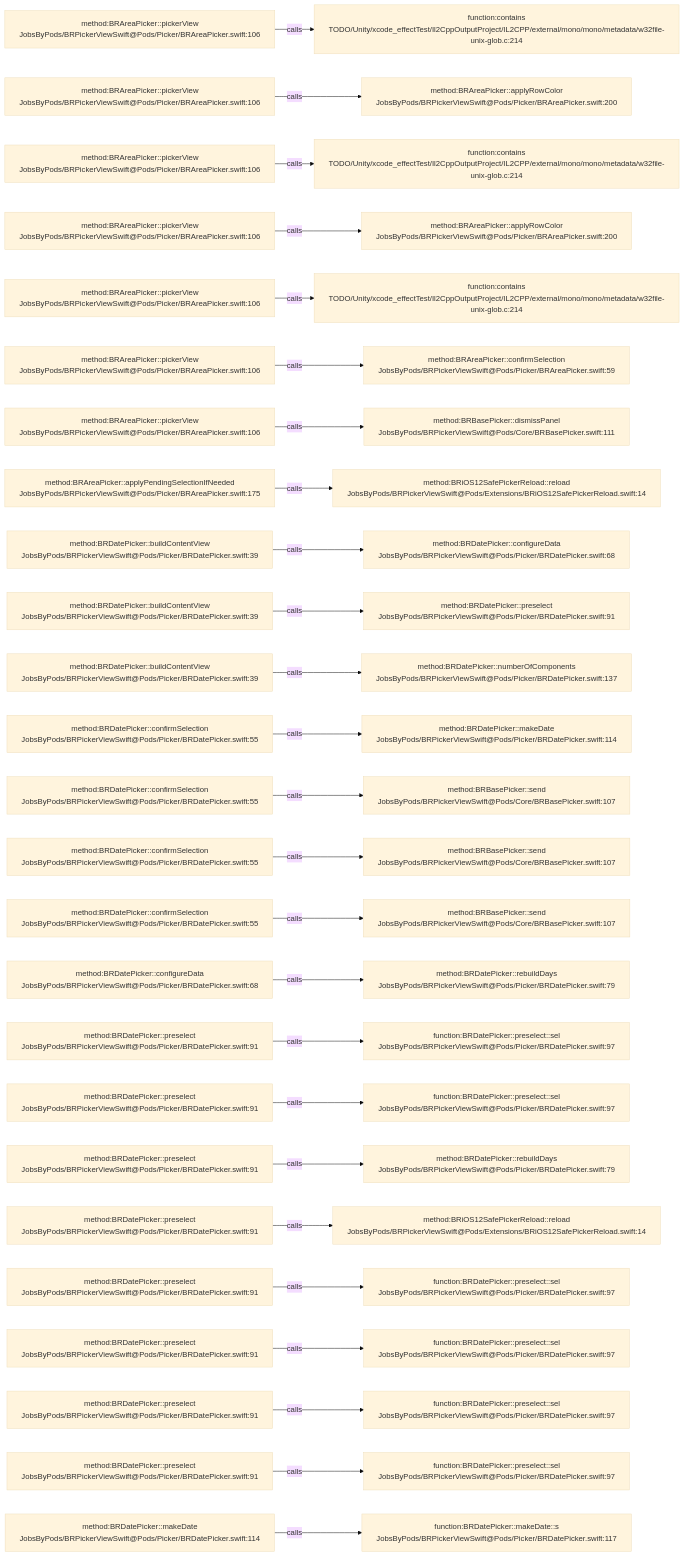
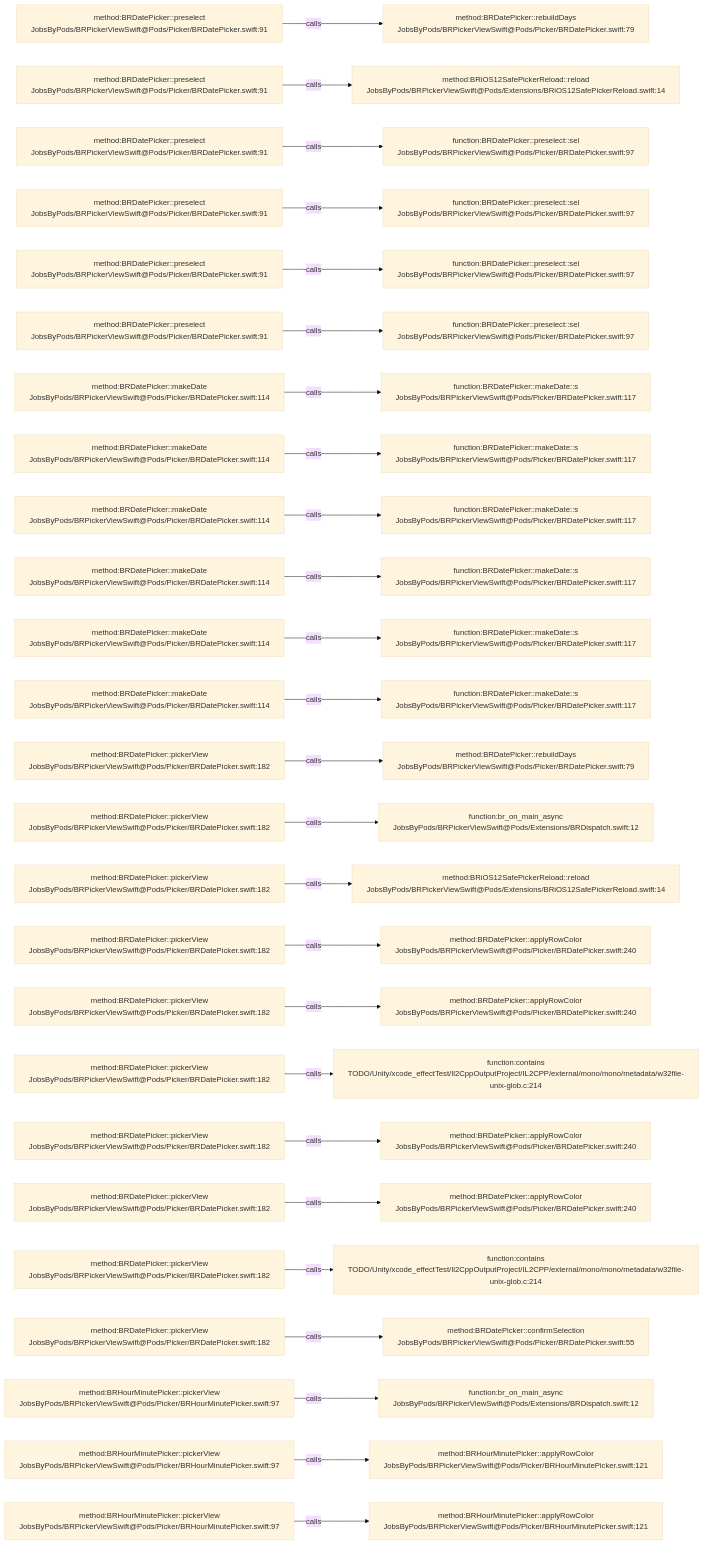
One commit to JobsKits/JobsSwiftBaseConfigDemo changed the diagram in .codegraph/codegraph.md/graphs/calls-002.md. Above: the diagram before and after it, drawn with Mermaid (base theme). The commit also changed 569 other files, not shown here.

````diff
--- a/.codegraph/codegraph.md/graphs/calls-002.md
+++ b/.codegraph/codegraph.md/graphs/calls-002.md
@@ -13,78 +13,78 @@
 ```mermaid
 flowchart LR
-  S1["method:BRAreaPicker::pickerView<br/>JobsByPods/BRPickerViewSwift@Pods/Picker/BRAreaPicker.swift:106"]
-  T1["function:contains<br/>TODO/Unity/xcode_effectTest/Il2CppOutputProject/IL2CPP/external/mono/mono/metadata/w32file-unix-glob.c:214"]
+  S1["method:BRDatePicker::preselect<br/>JobsByPods/BRPickerViewSwift@Pods/Picker/BRDatePicker.swift:91"]
+  T1["method:BRDatePicker::rebuildDays<br/>JobsByPods/BRPickerViewSwift@Pods/Picker/BRDatePicker.swift:79"]
   S1 -->|calls| T1
-  S2["method:BRAreaPicker::pickerView<br/>JobsByPods/BRPickerViewSwift@Pods/Picker/BRAreaPicker.swift:106"]
-  T2["method:BRAreaPicker::applyRowColor<br/>JobsByPods/BRPickerViewSwift@Pods/Picker/BRAreaPicker.swift:200"]
+  S2["method:BRDatePicker::preselect<br/>JobsByPods/BRPickerViewSwift@Pods/Picker/BRDatePicker.swift:91"]
+  T2["method:BRiOS12SafePickerReload::reload<br/>JobsByPods/BRPickerViewSwift@Pods/Extensions/BRiOS12SafePickerReload.swift:14"]
   S2 -->|calls| T2
-  S3["method:BRAreaPicker::pickerView<br/>JobsByPods/BRPickerViewSwift@Pods/Picker/BRAreaPicker.swift:106"]
-  T3["function:contains<br/>TODO/Unity/xcode_effectTest/Il2CppOutputProject/IL2CPP/external/mono/mono/metadata/w32file-unix-glob.c:214"]
+  S3["method:BRDatePicker::preselect<br/>JobsByPods/BRPickerViewSwift@Pods/Picker/BRDatePicker.swift:91"]
+  T3["function:BRDatePicker::preselect::sel<br/>JobsByPods/BRPickerViewSwift@Pods/Picker/BRDatePicker.swift:97"]
   S3 -->|calls| T3
-  S4["method:BRAreaPicker::pickerView<br/>JobsByPods/BRPickerViewSwift@Pods/Picker/BRAreaPicker.swift:106"]
-  T4["method:BRAreaPicker::applyRowColor<br/>JobsByPods/BRPickerViewSwift@Pods/Picker/BRAreaPicker.swift:200"]
+  S4["method:BRDatePicker::preselect<br/>JobsByPods/BRPickerViewSwift@Pods/Picker/BRDatePicker.swift:91"]
+  T4["function:BRDatePicker::preselect::sel<br/>JobsByPods/BRPickerViewSwift@Pods/Picker/BRDatePicker.swift:97"]
   S4 -->|calls| T4
-  S5["method:BRAreaPicker::pickerView<br/>JobsByPods/BRPickerViewSwift@Pods/Picker/BRAreaPicker.swift:106"]
-  T5["function:contains<br/>TODO/Unity/xcode_effectTest/Il2CppOutputProject/IL2CPP/external/mono/mono/metadata/w32file-unix-glob.c:214"]
+  S5["method:BRDatePicker::preselect<br/>JobsByPods/BRPickerViewSwift@Pods/Picker/BRDatePicker.swift:91"]
+  T5["function:BRDatePicker::preselect::sel<br/>JobsByPods/BRPickerViewSwift@Pods/Picker/BRDatePicker.swift:97"]
   S5 -->|calls| T5
-  S6["method:BRAreaPicker::pickerView<br/>JobsByPods/BRPickerViewSwift@Pods/Picker/BRAreaPicker.swift:106"]
-  T6["method:BRAreaPicker::confirmSelection<br/>JobsByPods/BRPickerViewSwift@Pods/Picker/BRAreaPicker.swift:59"]
+  S6["method:BRDatePicker::preselect<br/>JobsByPods/BRPickerViewSwift@Pods/Picker/BRDatePicker.swift:91"]
+  T6["function:BRDatePicker::preselect::sel<br/>JobsByPods/BRPickerViewSwift@Pods/Picker/BRDatePicker.swift:97"]
   S6 -->|calls| T6
-  S7["method:BRAreaPicker::pickerView<br/>JobsByPods/BRPickerViewSwift@Pods/Picker/BRAreaPicker.swift:106"]
-  T7["method:BRBasePicker::dismissPanel<br/>JobsByPods/BRPickerViewSwift@Pods/Core/BRBasePicker.swift:111"]
+  S7["method:BRDatePicker::makeDate<br/>JobsByPods/BRPickerViewSwift@Pods/Picker/BRDatePicker.swift:114"]
+  T7["function:BRDatePicker::makeDate::s<br/>JobsByPods/BRPickerViewSwift@Pods/Picker/BRDatePicker.swift:117"]
   S7 -->|calls| T7
-  S8["method:BRAreaPicker::applyPendingSelectionIfNeeded<br/>JobsByPods/BRPickerViewSwift@Pods/Picker/BRAreaPicker.swift:175"]
-  T8["method:BRiOS12SafePickerReload::reload<br/>JobsByPods/BRPickerViewSwift@Pods/Extensions/BRiOS12SafePickerReload.swift:14"]
+  S8["method:BRDatePicker::makeDate<br/>JobsByPods/BRPickerViewSwift@Pods/Picker/BRDatePicker.swift:114"]
+  T8["function:BRDatePicker::makeDate::s<br/>JobsByPods/BRPickerViewSwift@Pods/Picker/BRDatePicker.swift:117"]
   S8 -->|calls| T8
-  S9["method:BRDatePicker::buildContentView<br/>JobsByPods/BRPickerViewSwift@Pods/Picker/BRDatePicker.swift:39"]
-  T9["method:BRDatePicker::configureData<br/>JobsByPods/BRPickerViewSwift@Pods/Picker/BRDatePicker.swift:68"]
+  S9["method:BRDatePicker::makeDate<br/>JobsByPods/BRPickerViewSwift@Pods/Picker/BRDatePicker.swift:114"]
+  T9["function:BRDatePicker::makeDate::s<br/>JobsByPods/BRPickerViewSwift@Pods/Picker/BRDatePicker.swift:117"]
   S9 -->|calls| T9
-  S10["method:BRDatePicker::buildContentView<br/>JobsByPods/BRPickerViewSwift@Pods/Picker/BRDatePicker.swift:39"]
-  T10["method:BRDatePicker::preselect<br/>JobsByPods/BRPickerViewSwift@Pods/Picker/BRDatePicker.swift:91"]
+  S10["method:BRDatePicker::makeDate<br/>JobsByPods/BRPickerViewSwift@Pods/Picker/BRDatePicker.swift:114"]
+  T10["function:BRDatePicker::makeDate::s<br/>JobsByPods/BRPickerViewSwift@Pods/Picker/BRDatePicker.swift:117"]
   S10 -->|calls| T10
-  S11["method:BRDatePicker::buildContentView<br/>JobsByPods/BRPickerViewSwift@Pods/Picker/BRDatePicker.swift:39"]
-  T11["method:BRDatePicker::numberOfComponents<br/>JobsByPods/BRPickerViewSwift@Pods/Picker/BRDatePicker.swift:137"]
+  S11["method:BRDatePicker::makeDate<br/>JobsByPods/BRPickerViewSwift@Pods/Picker/BRDatePicker.swift:114"]
+  T11["function:BRDatePicker::makeDate::s<br/>JobsByPods/BRPickerViewSwift@Pods/Picker/BRDatePicker.swift:117"]
   S11 -->|calls| T11
-  S12["method:BRDatePicker::confirmSelection<br/>JobsByPods/BRPickerViewSwift@Pods/Picker/BRDatePicker.swift:55"]
-  T12["method:BRDatePicker::makeDate<br/>JobsByPods/BRPickerViewSwift@Pods/Picker/BRDatePicker.swift:114"]
+  S12["method:BRDatePicker::makeDate<br/>JobsByPods/BRPickerViewSwift@Pods/Picker/BRDatePicker.swift:114"]
+  T12["function:BRDatePicker::makeDate::s<br/>JobsByPods/BRPickerViewSwift@Pods/Picker/BRDatePicker.swift:117"]
   S12 -->|calls| T12
-  S13["method:BRDatePicker::confirmSelection<br/>JobsByPods/BRPickerViewSwift@Pods/Picker/BRDatePicker.swift:55"]
-  T13["method:BRBasePicker::send<br/>JobsByPods/BRPickerViewSwift@Pods/Core/BRBasePicker.swift:107"]
+  S13["method:BRDatePicker::pickerView<br/>JobsByPods/BRPickerViewSwift@Pods/Picker/BRDatePicker.swift:182"]
+  T13["method:BRDatePicker::rebuildDays<br/>JobsByPods/BRPickerViewSwift@Pods/Picker/BRDatePicker.swift:79"]
   S13 -->|calls| T13
-  S14["method:BRDatePicker::confirmSelection<br/>JobsByPods/BRPickerViewSwift@Pods/Picker/BRDatePicker.swift:55"]
-  T14["method:BRBasePicker::send<br/>JobsByPods/BRPickerViewSwift@Pods/Core/BRBasePicker.swift:107"]
+  S14["method:BRDatePicker::pickerView<br/>JobsByPods/BRPickerViewSwift@Pods/Picker/BRDatePicker.swift:182"]
+  T14["function:br_on_main_async<br/>JobsByPods/BRPickerViewSwift@Pods/Extensions/BRDispatch.swift:12"]
   S14 -->|calls| T14
-  S15["method:BRDatePicker::confirmSelection<br/>JobsByPods/BRPickerViewSwift@Pods/Picker/BRDatePicker.swift:55"]
-  T15["method:BRBasePicker::send<br/>JobsByPods/BRPickerViewSwift@Pods/Core/BRBasePicker.swift:107"]
+  S15["method:BRDatePicker::pickerView<br/>JobsByPods/BRPickerViewSwift@Pods/Picker/BRDatePicker.swift:182"]
+  T15["method:BRiOS12SafePickerReload::reload<br/>JobsByPods/BRPickerViewSwift@Pods/Extensions/BRiOS12SafePickerReload.swift:14"]
   S15 -->|calls| T15
-  S16["method:BRDatePicker::configureData<br/>JobsByPods/BRPickerViewSwift@Pods/Picker/BRDatePicker.swift:68"]
-  T16["method:BRDatePicker::rebuildDays<br/>JobsByPods/BRPickerViewSwift@Pods/Picker/BRDatePicker.swift:79"]
+  S16["method:BRDatePicker::pickerView<br/>JobsByPods/BRPickerViewSwift@Pods/Picker/BRDatePicker.swift:182"]
+  T16["method:BRDatePicker::applyRowColor<br/>JobsByPods/BRPickerViewSwift@Pods/Picker/BRDatePicker.swift:240"]
   S16 -->|calls| T16
-  S17["method:BRDatePicker::preselect<br/>JobsByPods/BRPickerViewSwift@Pods/Picker/BRDatePicker.swift:91"]
-  T17["function:BRDatePicker::preselect::sel<br/>JobsByPods/BRPickerViewSwift@Pods/Picker/BRDatePicker.swift:97"]
+  S17["method:BRDatePicker::pickerView<br/>JobsByPods/BRPickerViewSwift@Pods/Picker/BRDatePicker.swift:182"]
+  T17["method:BRDatePicker::applyRowColor<br/>JobsByPods/BRPickerViewSwift@Pods/Picker/BRDatePicker.swift:240"]
   S17 -->|calls| T17
-  S18["method:BRDatePicker::preselect<br/>JobsByPods/BRPickerViewSwift@Pods/Picker/BRDatePicker.swift:91"]
-  T18["function:BRDatePicker::preselect::sel<br/>JobsByPods/BRPickerViewSwift@Pods/Picker/BRDatePicker.swift:97"]
+  S18["method:BRDatePicker::pickerView<br/>JobsByPods/BRPickerViewSwift@Pods/Picker/BRDatePicker.swift:182"]
+  T18["function:contains<br/>TODO/Unity/xcode_effectTest/Il2CppOutputProject/IL2CPP/external/mono/mono/metadata/w32file-unix-glob.c:214"]
   S18 -->|calls| T18
-  S19["method:BRDatePicker::preselect<br/>JobsByPods/BRPickerViewSwift@Pods/Picker/BRDatePicker.swift:91"]
-  T19["method:BRDatePicker::rebuildDays<br/>JobsByPods/BRPickerViewSwift@Pods/Picker/BRDatePicker.swift:79"]
+  S19["method:BRDatePicker::pickerView<br/>JobsByPods/BRPickerViewSwift@Pods/Picker/BRDatePicker.swift:182"]
+  T19["method:BRDatePicker::applyRowColor<br/>JobsByPods/BRPickerViewSwift@Pods/Picker/BRDatePicker.swift:240"]
   S19 -->|calls| T19
-  S20["method:BRDatePicker::preselect<br/>JobsByPods/BRPickerViewSwift@Pods/Picker/BRDatePicker.swift:91"]
-  T20["method:BRiOS12SafePickerReload::reload<br/>JobsByPods/BRPickerViewSwift@Pods/Extensions/BRiOS12SafePickerReload.swift:14"]
+  S20["method:BRDatePicker::pickerView<br/>JobsByPods/BRPickerViewSwift@Pods/Picker/BRDatePicker.swift:182"]
+  T20["method:BRDatePicker::applyRowColor<br/>JobsByPods/BRPickerViewSwift@Pods/Picker/BRDatePicker.swift:240"]
   S20 -->|calls| T20
-  S21["method:BRDatePicker::preselect<br/>JobsByPods/BRPickerViewSwift@Pods/Picker/BRDatePicker.swift:91"]
-  T21["function:BRDatePicker::preselect::sel<br/>JobsByPods/BRPickerViewSwift@Pods/Picker/BRDatePicker.swift:97"]
+  S21["method:BRDatePicker::pickerView<br/>JobsByPods/BRPickerViewSwift@Pods/Picker/BRDatePicker.swift:182"]
+  T21["function:contains<br/>TODO/Unity/xcode_effectTest/Il2CppOutputProject/IL2CPP/external/mono/mono/metadata/w32file-unix-glob.c:214"]
   S21 -->|calls| T21
-  S22["method:BRDatePicker::preselect<br/>JobsByPods/BRPickerViewSwift@Pods/Picker/BRDatePicker.swift:91"]
-  T22["function:BRDatePicker::preselect::sel<br/>JobsByPods/BRPickerViewSwift@Pods/Picker/BRDatePicker.swift:97"]
+  S22["method:BRDatePicker::pickerView<br/>JobsByPods/BRPickerViewSwift@Pods/Picker/BRDatePicker.swift:182"]
+  T22["method:BRDatePicker::confirmSelection<br/>JobsByPods/BRPickerViewSwift@Pods/Picker/BRDatePicker.swift:55"]
   S22 -->|calls| T22
-  S23["method:BRDatePicker::preselect<br/>JobsByPods/BRPickerViewSwift@Pods/Picker/BRDatePicker.swift:91"]
-  T23["function:BRDatePicker::preselect::sel<br/>JobsByPods/BRPickerViewSwift@Pods/Picker/BRDatePicker.swift:97"]
+  S23["method:BRHourMinutePicker::pickerView<br/>JobsByPods/BRPickerViewSwift@Pods/Picker/BRHourMinutePicker.swift:97"]
+  T23["function:br_on_main_async<br/>JobsByPods/BRPickerViewSwift@Pods/Extensions/BRDispatch.swift:12"]
   S23 -->|calls| T23
-  S24["method:BRDatePicker::preselect<br/>JobsByPods/BRPickerViewSwift@Pods/Picker/BRDatePicker.swift:91"]
-  T24["function:BRDatePicker::preselect::sel<br/>JobsByPods/BRPickerViewSwift@Pods/Picker/BRDatePicker.swift:97"]
+  S24["method:BRHourMinutePicker::pickerView<br/>JobsByPods/BRPickerViewSwift@Pods/Picker/BRHourMinutePicker.swift:97"]
+  T24["method:BRHourMinutePicker::applyRowColor<br/>JobsByPods/BRPickerViewSwift@Pods/Picker/BRHourMinutePicker.swift:121"]
   S24 -->|calls| T24
-  S25["method:BRDatePicker::makeDate<br/>JobsByPods/BRPickerViewSwift@Pods/Picker/BRDatePicker.swift:114"]
-  T25["function:BRDatePicker::makeDate::s<br/>JobsByPods/BRPickerViewSwift@Pods/Picker/BRDatePicker.swift:117"]
+  S25["method:BRHourMinutePicker::pickerView<br/>JobsByPods/BRPickerViewSwift@Pods/Picker/BRHourMinutePicker.swift:97"]
+  T25["method:BRHourMinutePicker::applyRowColor<br/>JobsByPods/BRPickerViewSwift@Pods/Picker/BRHourMinutePicker.swift:121"]
   S25 -->|calls| T25
 ```
````
